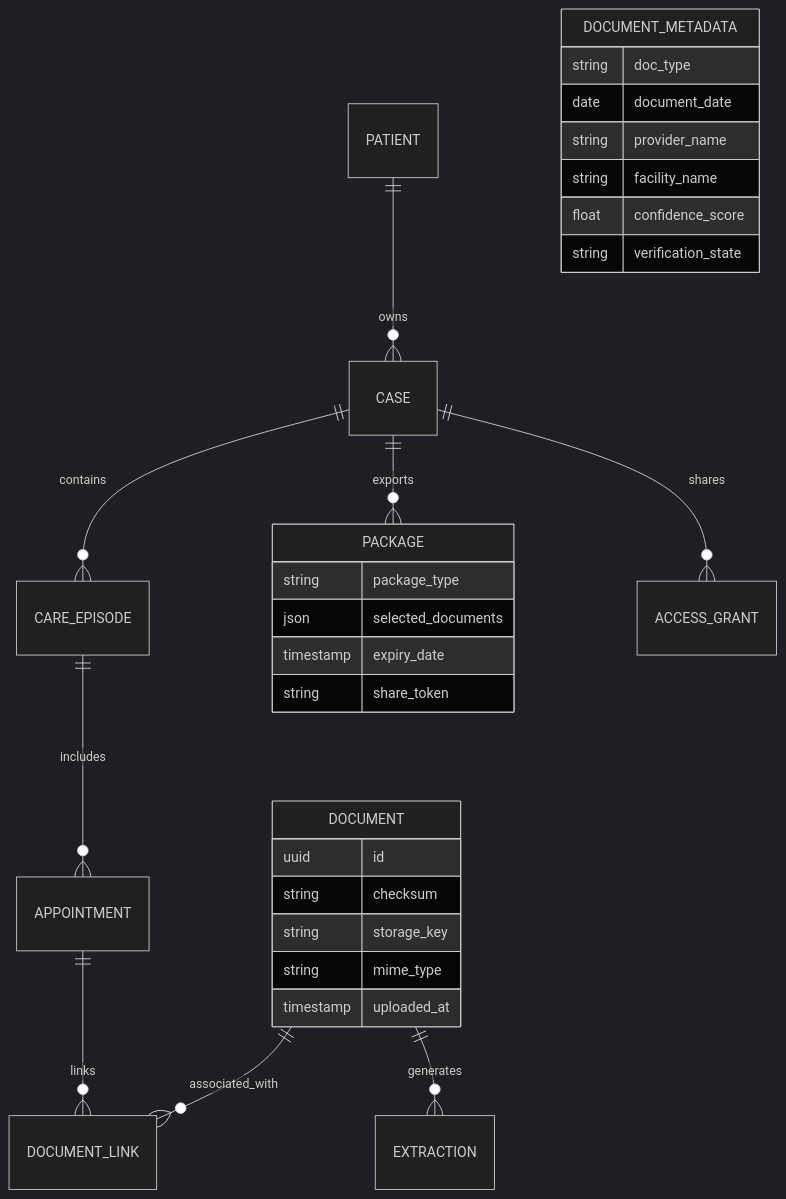
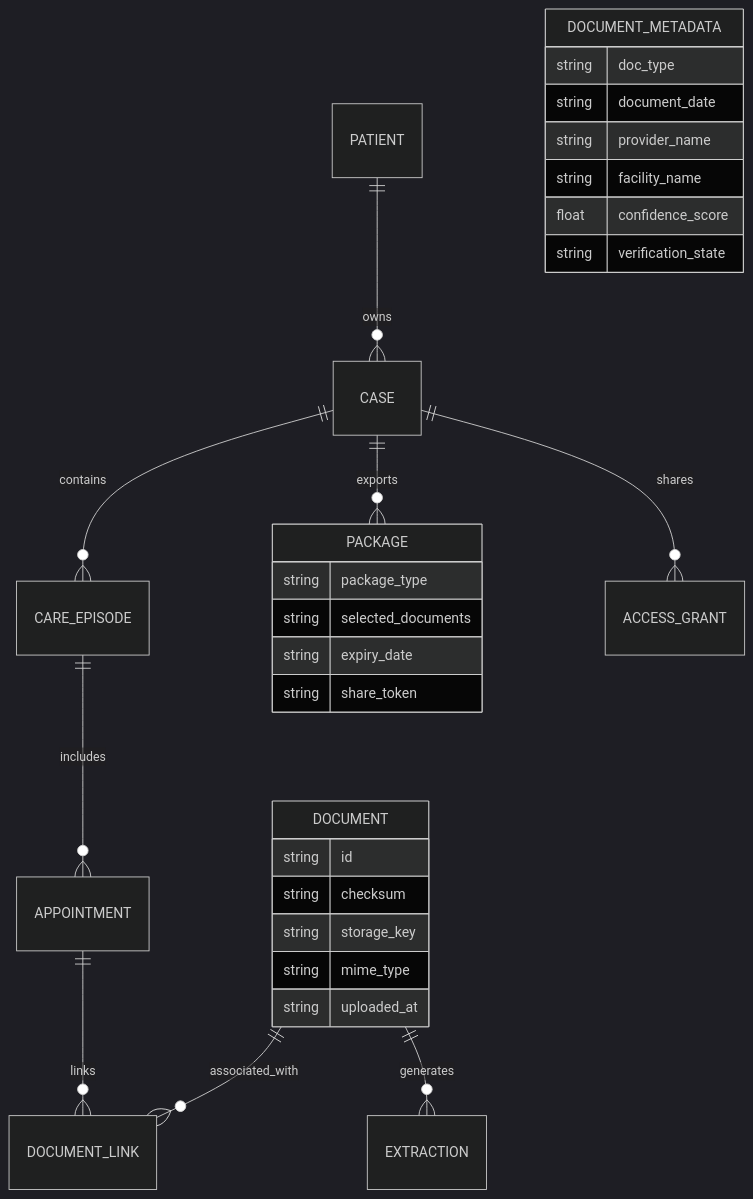
The second of 3 diagrams in README.md (diablovocado/CareChronicle), drawn with Mermaid (dark theme) before and after one commit. The commit also changed other lines of this file, not shown here.

Commit message:
fix(readme): resolve GitHub Mermaid diagram parse errors

````diff
--- a/README.md
+++ b/README.md
@@ -170,35 +170,35 @@
 ```mermaid
 erDiagram
     PATIENT ||--o{ CASE : owns
     CASE ||--o{ CARE_EPISODE : contains
     CARE_EPISODE ||--o{ APPOINTMENT : includes
     APPOINTMENT ||--o{ DOCUMENT_LINK : links
     DOCUMENT ||--o{ DOCUMENT_LINK : associated_with
     DOCUMENT ||--o{ EXTRACTION : generates
     CASE ||--o{ PACKAGE : exports
     CASE ||--o{ ACCESS_GRANT : shares
 
     DOCUMENT {
-        uuid id
+        string id
         string checksum
         string storage_key
         string mime_type
-        timestamp uploaded_at
+        string uploaded_at
     }
 
     DOCUMENT_METADATA {
         string doc_type
-        date document_date
+        string document_date
         string provider_name
         string facility_name
         float confidence_score
         string verification_state
     }
 
     PACKAGE {
         string package_type
-        json selected_documents
-        timestamp expiry_date
+        string selected_documents
+        string expiry_date
         string share_token
     }
 ```
````
